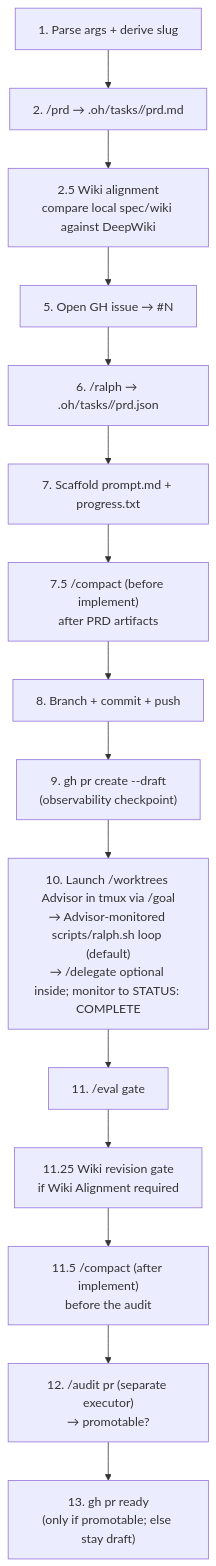
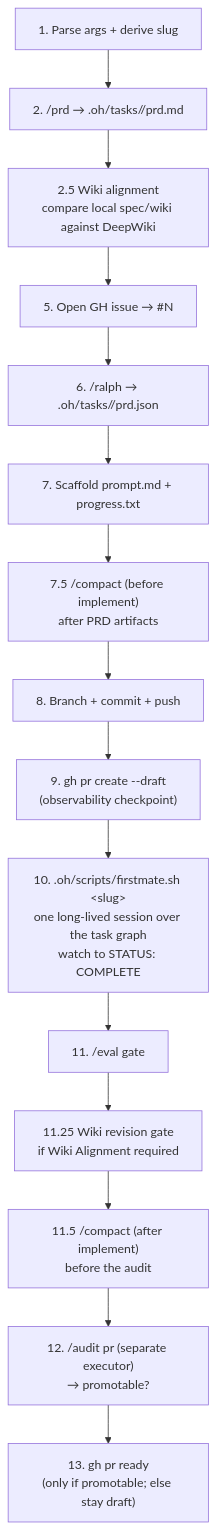
One commit to mifunedev/openharness changed the diagram in .oh/skills/ship-spec/SKILL.md. Above: the diagram before and after it, drawn with Mermaid. The commit also changed other lines of this file and 50 other files, not shown here.

````diff
--- a/.oh/skills/ship-spec/SKILL.md
+++ b/.oh/skills/ship-spec/SKILL.md
@@ -23,17 +23,17 @@
 ```mermaid
 flowchart TD
     A["1. Parse args + derive slug"] --> B["2. /prd → .oh/tasks/<slug>/prd.md"]
     B --> W["2.5 Wiki alignment<br/>compare local spec/wiki against DeepWiki"]
     W --> C["5. Open GH issue → #N"]
     C --> F["6. /ralph → .oh/tasks/<slug>/prd.json"]
     F --> G["7. Scaffold prompt.md + progress.txt"]
     G --> G2["7.5 /compact (before implement)<br/>after PRD artifacts"]
     G2 --> H["8. Branch + commit + push"]
     H --> I["9. gh pr create --draft<br/>(observability checkpoint)"]
-    I --> J["10. Launch /worktrees Advisor in tmux via /goal<br/>→ Advisor-monitored scripts/ralph.sh loop (default)<br/>→ /delegate optional inside; monitor to STATUS: COMPLETE"]
+    I --> J["10. .oh/scripts/firstmate.sh &lt;slug&gt;<br/>one long-lived session over the task graph<br/>watch to STATUS: COMPLETE"]
     J --> K["11. /eval gate"]
     K --> W2["11.25 Wiki revision gate<br/>if Wiki Alignment required"]
     W2 --> K2["11.5 /compact (after implement)<br/>before the audit"]
     K2 --> L["12. /audit pr (separate executor)<br/>→ promotable?"]
     L --> M["13. gh pr ready<br/>(only if promotable; else stay draft)"]
 ```
````
